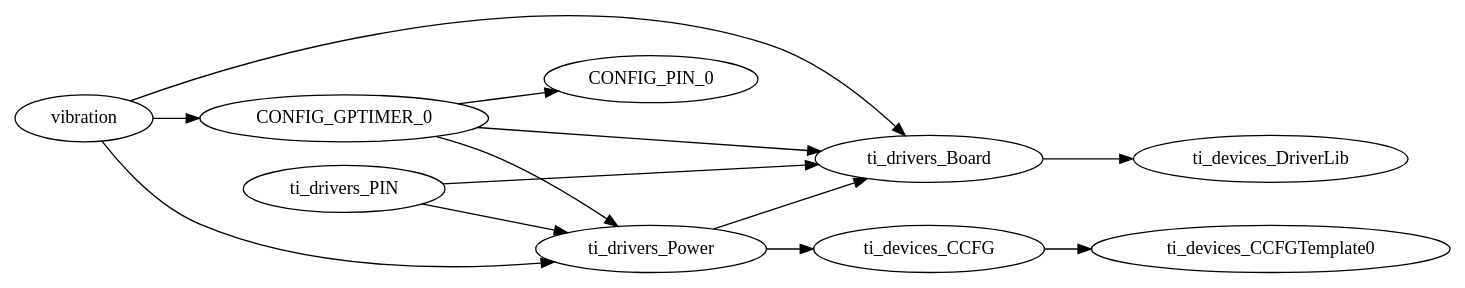
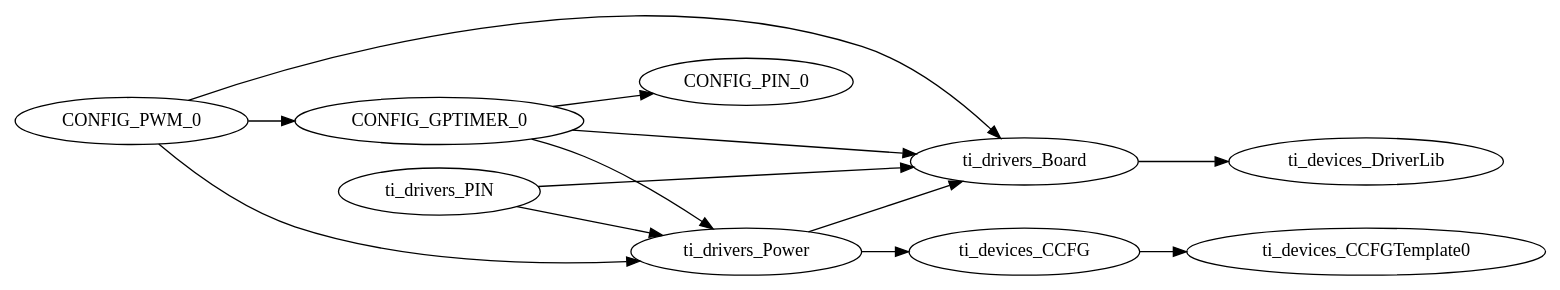
Before and after one commit to lukeb2014/fdii-haptic: the diagram in fdii-vib_motor/Debug/syscfg/ti_utils_runtime_model.gv, drawn with Graphviz. The commit also changed 4 other files, not shown here.

```diff
--- a/fdii-vib_motor/Debug/syscfg/ti_utils_runtime_model.gv
+++ b/fdii-vib_motor/Debug/syscfg/ti_utils_runtime_model.gv
@@ -1,34 +1,34 @@
 digraph Model
 {
     graph[rankdir=LR]
 
     // mod.$name=/ti/devices/CCFG
     ti_devices_CCFG -> ti_devices_CCFGTemplate0
 
     // mod.$name=/ti/devices/CCFGTemplate
 
     // mod.$name=/ti/devices/DriverLib
 
     // mod.$name=/ti/drivers/Board
     ti_drivers_Board -> ti_devices_DriverLib
 
     // mod.$name=/ti/drivers/PIN
     ti_drivers_PIN -> ti_drivers_Power
     ti_drivers_PIN -> ti_drivers_Board
 
     // mod.$name=/ti/drivers/PWM
-    vibration -> ti_drivers_Power
-    vibration -> ti_drivers_Board
-    vibration -> CONFIG_GPTIMER_0
+    CONFIG_PWM_0 -> ti_drivers_Power
+    CONFIG_PWM_0 -> ti_drivers_Board
+    CONFIG_PWM_0 -> CONFIG_GPTIMER_0
 
     // mod.$name=/ti/drivers/Power
     ti_drivers_Power -> ti_devices_CCFG
     ti_drivers_Power -> ti_drivers_Board
 
     // mod.$name=/ti/drivers/RTOS
 
     // mod.$name=/ti/drivers/timer/GPTimerCC26XX
     CONFIG_GPTIMER_0 -> ti_drivers_Power
     CONFIG_GPTIMER_0 -> ti_drivers_Board
     CONFIG_GPTIMER_0 -> CONFIG_PIN_0
 }
```
